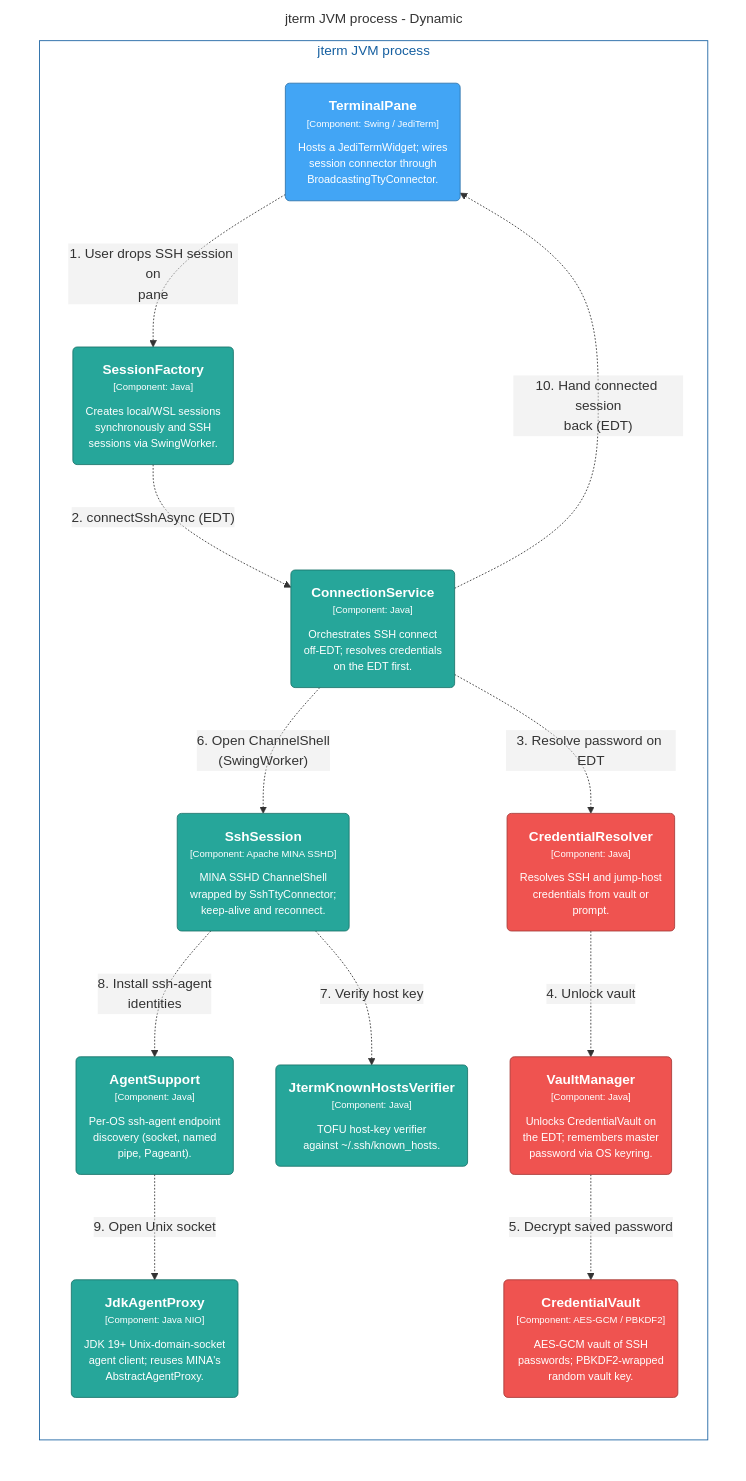
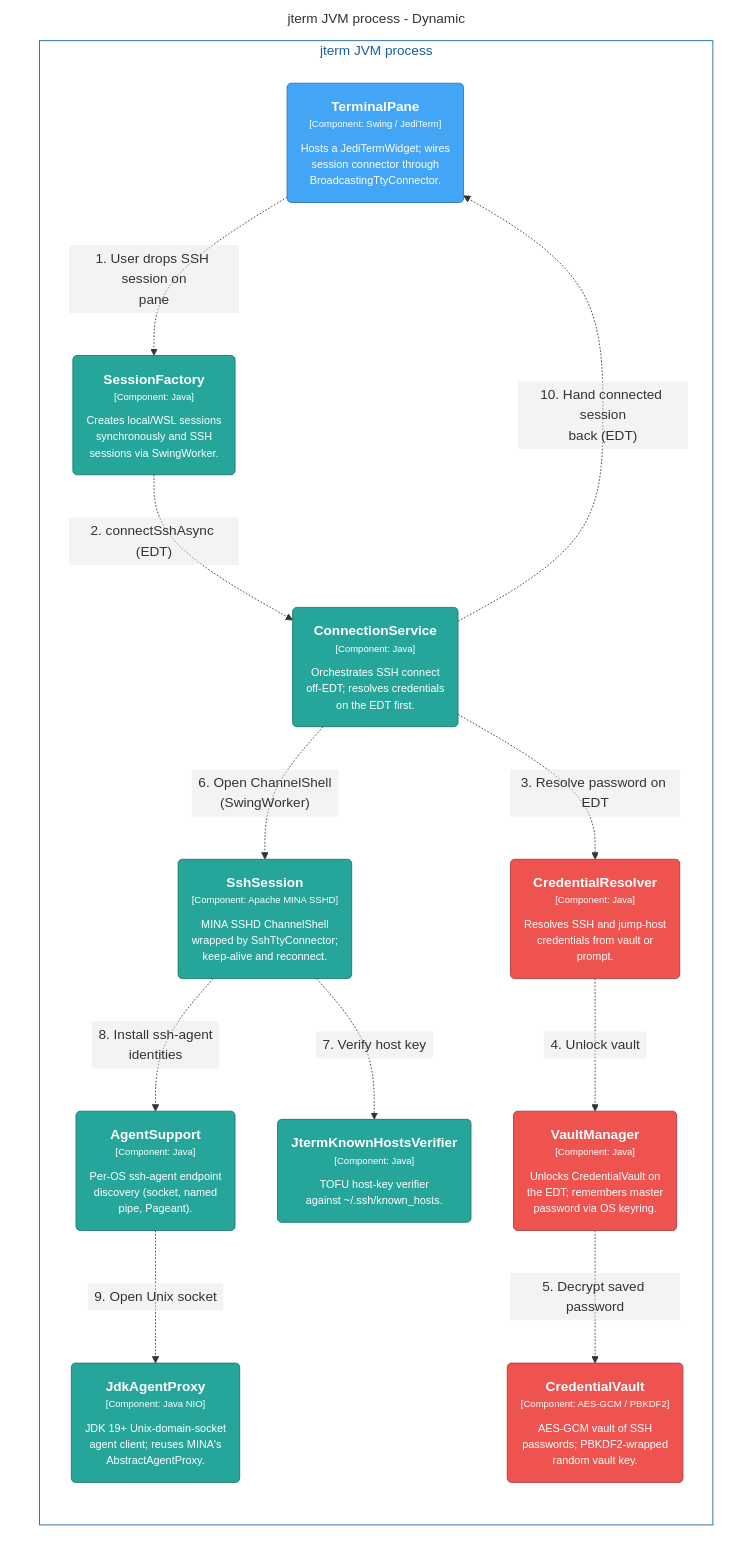
One commit to drecaise/jterm changed the diagram in docs/architecture/model/generated/dynamic-ssh-connect.mmd. Above: the diagram before and after it, drawn with Mermaid. The commit also changed 13 other files, not shown here.

Commit message:
Fixes to Architecture diagrams

```diff
--- a/docs/architecture/model/generated/dynamic-ssh-connect.mmd
+++ b/docs/architecture/model/generated/dynamic-ssh-connect.mmd
@@ -1,42 +1,47 @@
+---
+config:
+  flowchart:
+    padding: 16
+---
 %%{init: {'theme':'base','themeVariables':{'edgeLabelBackground':'transparent','lineColor':'#8b95a1','fontFamily':'-apple-system,BlinkMacSystemFont,"Segoe UI",Roboto,Helvetica,Arial,sans-serif','fontSize':'14px'},'flowchart':{'curve':'basis','useMaxWidth':true}}}%%
 graph LR
 
   subgraph diagram ["jterm JVM process - Dynamic"]
     style diagram fill:transparent,stroke:transparent
 
     subgraph 8 [jterm JVM process]
       style 8 fill:transparent,stroke:#155fa0,color:#155fa0
 
       13("<div style='font-weight: bold'>TerminalPane</div><div style='font-size: 70%; margin-top: 0px'>[Component: Swing / JediTerm]</div><div style='font-size: 80%; margin-top:10px'>Hosts a JediTermWidget; wires<br />session connector through<br />BroadcastingTtyConnector.</div>")
       style 13 fill:#42a5f5,stroke:#2e73ab,color:#ffffff
       20("<div style='font-weight: bold'>SshSession</div><div style='font-size: 70%; margin-top: 0px'>[Component: Apache MINA SSHD]</div><div style='font-size: 80%; margin-top:10px'>MINA SSHD ChannelShell<br />wrapped by SshTtyConnector;<br />keep-alive and reconnect.</div>")
       style 20 fill:#26a69a,stroke:#1a746b,color:#ffffff
       21("<div style='font-weight: bold'>SessionFactory</div><div style='font-size: 70%; margin-top: 0px'>[Component: Java]</div><div style='font-size: 80%; margin-top:10px'>Creates local/WSL sessions<br />synchronously and SSH<br />sessions via SwingWorker.</div>")
       style 21 fill:#26a69a,stroke:#1a746b,color:#ffffff
       22("<div style='font-weight: bold'>ConnectionService</div><div style='font-size: 70%; margin-top: 0px'>[Component: Java]</div><div style='font-size: 80%; margin-top:10px'>Orchestrates SSH connect<br />off-EDT; resolves credentials<br />on the EDT first.</div>")
       style 22 fill:#26a69a,stroke:#1a746b,color:#ffffff
       23("<div style='font-weight: bold'>AgentSupport</div><div style='font-size: 70%; margin-top: 0px'>[Component: Java]</div><div style='font-size: 80%; margin-top:10px'>Per-OS ssh-agent endpoint<br />discovery (socket, named<br />pipe, Pageant).</div>")
       style 23 fill:#26a69a,stroke:#1a746b,color:#ffffff
       24("<div style='font-weight: bold'>JdkAgentProxy</div><div style='font-size: 70%; margin-top: 0px'>[Component: Java NIO]</div><div style='font-size: 80%; margin-top:10px'>JDK 19+ Unix-domain-socket<br />agent client; reuses MINA's<br />AbstractAgentProxy.</div>")
       style 24 fill:#26a69a,stroke:#1a746b,color:#ffffff
       26("<div style='font-weight: bold'>JtermKnownHostsVerifier</div><div style='font-size: 70%; margin-top: 0px'>[Component: Java]</div><div style='font-size: 80%; margin-top:10px'>TOFU host-key verifier<br />against ~/.ssh/known_hosts.</div>")
       style 26 fill:#26a69a,stroke:#1a746b,color:#ffffff
       27("<div style='font-weight: bold'>VaultManager</div><div style='font-size: 70%; margin-top: 0px'>[Component: Java]</div><div style='font-size: 80%; margin-top:10px'>Unlocks CredentialVault on<br />the EDT; remembers master<br />password via OS keyring.</div>")
       style 27 fill:#ef5350,stroke:#a73a38,color:#ffffff
       28("<div style='font-weight: bold'>CredentialVault</div><div style='font-size: 70%; margin-top: 0px'>[Component: AES-GCM / PBKDF2]</div><div style='font-size: 80%; margin-top:10px'>AES-GCM vault of SSH<br />passwords; PBKDF2-wrapped<br />random vault key.</div>")
       style 28 fill:#ef5350,stroke:#a73a38,color:#ffffff
       29("<div style='font-weight: bold'>CredentialResolver</div><div style='font-size: 70%; margin-top: 0px'>[Component: Java]</div><div style='font-size: 80%; margin-top:10px'>Resolves SSH and jump-host<br />credentials from vault or<br />prompt.</div>")
       style 29 fill:#ef5350,stroke:#a73a38,color:#ffffff
     end
 
-    13-. "<div>1. User drops SSH session on<br />pane</div><div style='font-size: 70%'></div>" .->21
-    21-. "<div>2. connectSshAsync (EDT)</div><div style='font-size: 70%'></div>" .->22
-    22-. "<div>3. Resolve password on EDT</div><div style='font-size: 70%'></div>" .->29
-    29-. "<div>4. Unlock vault</div><div style='font-size: 70%'></div>" .->27
-    27-. "<div>5. Decrypt saved password</div><div style='font-size: 70%'></div>" .->28
-    22-. "<div>6. Open ChannelShell<br />(SwingWorker)</div><div style='font-size: 70%'></div>" .->20
-    20-. "<div>7. Verify host key</div><div style='font-size: 70%'></div>" .->26
-    20-. "<div>8. Install ssh-agent<br />identities</div><div style='font-size: 70%'></div>" .->23
-    23-. "<div>9. Open Unix socket</div><div style='font-size: 70%'></div>" .->24
-    22-. "<div>10. Hand connected session<br />back (EDT)</div><div style='font-size: 70%'></div>" .->13
+    13-. "<div style='padding:4px 8px'><div>1. User drops SSH session on<br />pane</div><div style='font-size: 70%'></div></div>" .->21
+    21-. "<div style='padding:4px 8px'><div>2. connectSshAsync (EDT)</div><div style='font-size: 70%'></div></div>" .->22
+    22-. "<div style='padding:4px 8px'><div>3. Resolve password on EDT</div><div style='font-size: 70%'></div></div>" .->29
+    29-. "<div style='padding:4px 8px'><div>4. Unlock vault</div><div style='font-size: 70%'></div></div>" .->27
+    27-. "<div style='padding:4px 8px'><div>5. Decrypt saved password</div><div style='font-size: 70%'></div></div>" .->28
+    22-. "<div style='padding:4px 8px'><div>6. Open ChannelShell<br />(SwingWorker)</div><div style='font-size: 70%'></div></div>" .->20
+    20-. "<div style='padding:4px 8px'><div>7. Verify host key</div><div style='font-size: 70%'></div></div>" .->26
+    20-. "<div style='padding:4px 8px'><div>8. Install ssh-agent<br />identities</div><div style='font-size: 70%'></div></div>" .->23
+    23-. "<div style='padding:4px 8px'><div>9. Open Unix socket</div><div style='font-size: 70%'></div></div>" .->24
+    22-. "<div style='padding:4px 8px'><div>10. Hand connected session<br />back (EDT)</div><div style='font-size: 70%'></div></div>" .->13
   end
```
